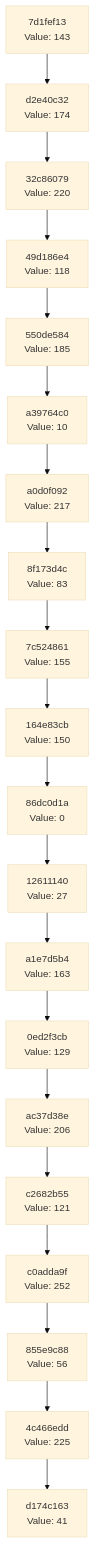
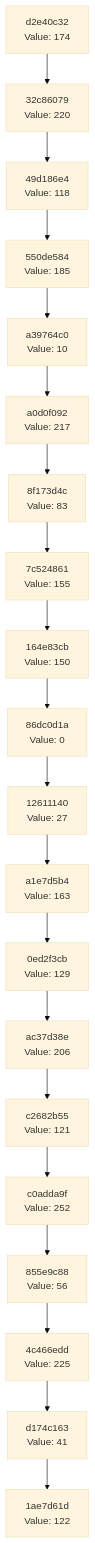
The diagram in docs/CHAIN_VISUALIZATION.md (Abhisheksinha1506/hash-chain-evolver), drawn with Mermaid (base theme) before and after one commit. The commit also changed 3 other files, not shown here.

````diff
--- a/docs/CHAIN_VISUALIZATION.md
+++ b/docs/CHAIN_VISUALIZATION.md
@@ -3,42 +3,42 @@
 ```mermaid
 graph TD
-    C0["d174c163<br/>Value: 41"]
-    C1["4c466edd<br/>Value: 225"]
+    C0["1ae7d61d<br/>Value: 122"]
+    C1["d174c163<br/>Value: 41"]
     C1 --> C0
-    C2["855e9c88<br/>Value: 56"]
+    C2["4c466edd<br/>Value: 225"]
     C2 --> C1
-    C3["c0adda9f<br/>Value: 252"]
+    C3["855e9c88<br/>Value: 56"]
     C3 --> C2
-    C4["c2682b55<br/>Value: 121"]
+    C4["c0adda9f<br/>Value: 252"]
     C4 --> C3
-    C5["ac37d38e<br/>Value: 206"]
+    C5["c2682b55<br/>Value: 121"]
     C5 --> C4
-    C6["0ed2f3cb<br/>Value: 129"]
+    C6["ac37d38e<br/>Value: 206"]
     C6 --> C5
-    C7["a1e7d5b4<br/>Value: 163"]
+    C7["0ed2f3cb<br/>Value: 129"]
     C7 --> C6
-    C8["12611140<br/>Value: 27"]
+    C8["a1e7d5b4<br/>Value: 163"]
     C8 --> C7
-    C9["86dc0d1a<br/>Value: 0"]
+    C9["12611140<br/>Value: 27"]
     C9 --> C8
-    C10["164e83cb<br/>Value: 150"]
+    C10["86dc0d1a<br/>Value: 0"]
     C10 --> C9
-    C11["7c524861<br/>Value: 155"]
+    C11["164e83cb<br/>Value: 150"]
     C11 --> C10
-    C12["8f173d4c<br/>Value: 83"]
+    C12["7c524861<br/>Value: 155"]
     C12 --> C11
-    C13["a0d0f092<br/>Value: 217"]
+    C13["8f173d4c<br/>Value: 83"]
     C13 --> C12
-    C14["a39764c0<br/>Value: 10"]
+    C14["a0d0f092<br/>Value: 217"]
     C14 --> C13
-    C15["550de584<br/>Value: 185"]
+    C15["a39764c0<br/>Value: 10"]
     C15 --> C14
-    C16["49d186e4<br/>Value: 118"]
+    C16["550de584<br/>Value: 185"]
     C16 --> C15
-    C17["32c86079<br/>Value: 220"]
+    C17["49d186e4<br/>Value: 118"]
     C17 --> C16
-    C18["d2e40c32<br/>Value: 174"]
+    C18["32c86079<br/>Value: 220"]
     C18 --> C17
-    C19["7d1fef13<br/>Value: 143"]
+    C19["d2e40c32<br/>Value: 174"]
     C19 --> C18
 ```
````
